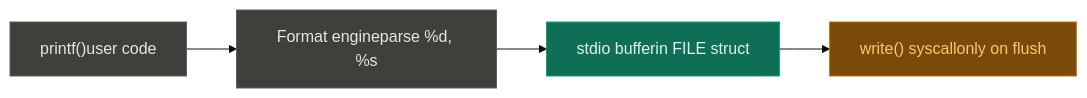
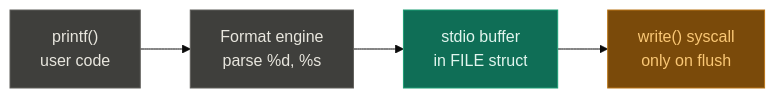
One commit to cocvu99/my-notes changed the second of 2 diagrams in docs/computer_science_fundamentals/100.md. Above: the diagram before and after it, drawn with Mermaid (base theme). The commit also changed other lines of this file and 1 other file, not shown here.

Commit message:
fix: update mermaid custom fence configuration in mkdocs.yml

````diff
--- a/docs/computer_science_fundamentals/100.md
+++ b/docs/computer_science_fundamentals/100.md
@@ -50,14 +50,14 @@
 ```mermaid
 flowchart LR
-    A["printf()user code"] --> B["Format engineparse %d, %s"]
-    B --> C["stdio bufferin FILE struct"]
-    C --> D["write() syscallonly on flush"]
+    A["printf()<br/>user code"] --> B["Format engine<br/>parse %d, %s"]
+    B --> C["stdio buffer<br/>in FILE struct"]
+    C --> D["write() syscall<br/>only on flush"]
 
     classDef gray fill:#3F3F3C,stroke:#5F5E5A,color:#E8E6DE
     classDef teal fill:#0F6E56,stroke:#1D9E75,color:#E1F5EE
     classDef amber fill:#7A4A0A,stroke:#BA7517,color:#FAC775
 
     class A,B gray
     class C teal
     class D amber
 ```
````
